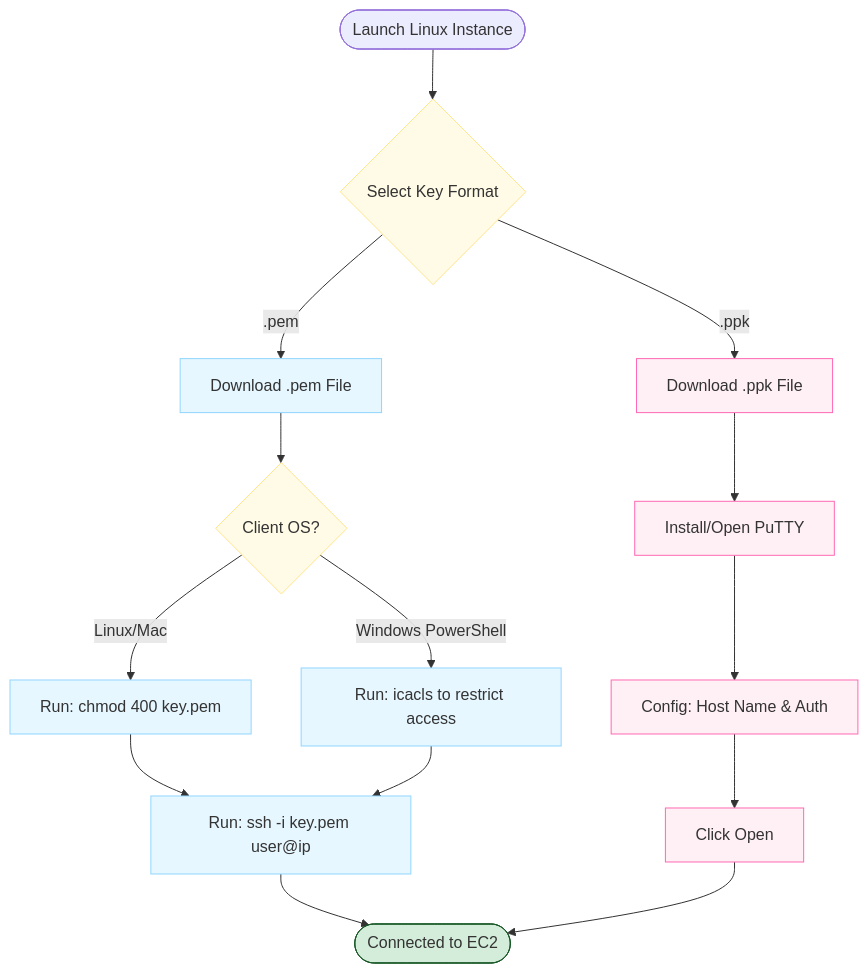
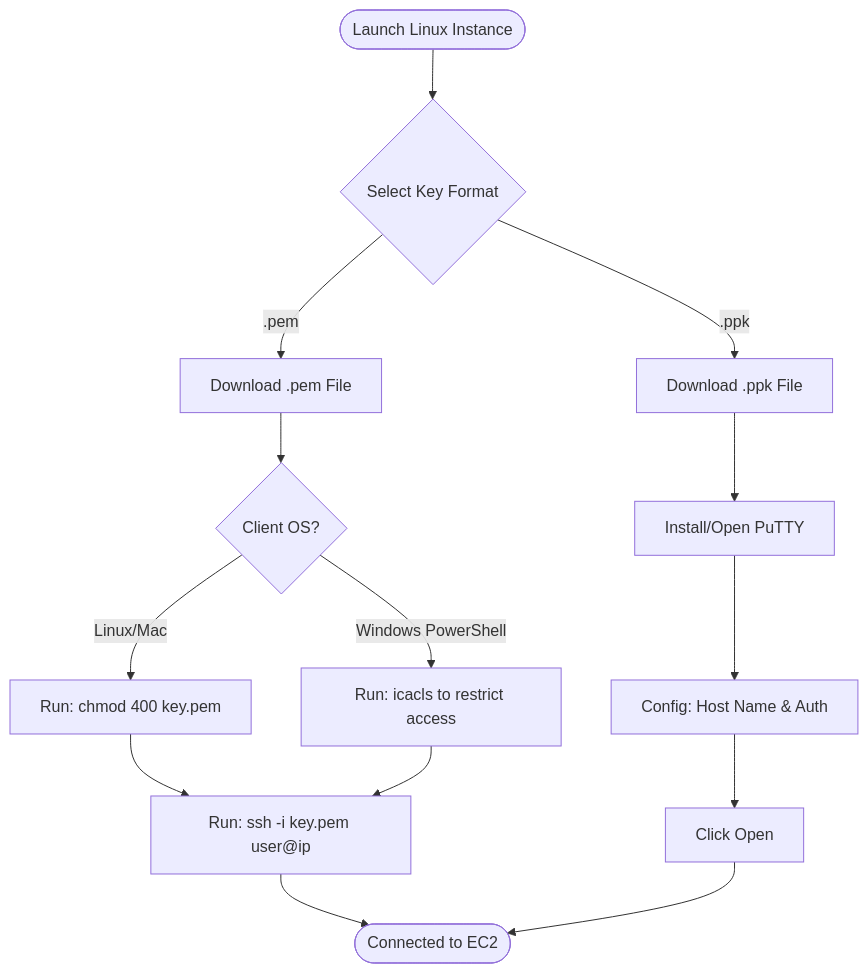
Before and after one commit to sujith-eag/sujith-library: the first of 4 diagrams in docs/dev-cloud/cclab/lab_6.md, drawn with Mermaid. The commit also changed other lines of this file and 41 other files, not shown here.

First line of the commit message:
Refactor diagrams and remove redundant styles in documentation

````diff
--- a/docs/dev-cloud/cclab/lab_6.md
+++ b/docs/dev-cloud/cclab/lab_6.md
@@ -11,31 +11,21 @@
 ```mermaid
 flowchart TD
     Start([Launch Linux Instance]) --> KeySelect{Select Key Format}
 
     KeySelect -- .pem --> DownloadPEM[Download .pem File]
     DownloadPEM --> OS_Check{Client OS?}
     
     OS_Check -- Linux/Mac --> Chmod[Run: chmod 400 key.pem]
     OS_Check -- Windows PowerShell --> Icacls[Run: icacls to restrict access]
     
     Chmod --> SSH_Cmd[Run: ssh -i key.pem user@ip]
     Icacls --> SSH_Cmd
     
     KeySelect -- .ppk --> DownloadPPK[Download .ppk File]
     DownloadPPK --> InstallPuTTY[Install/Open PuTTY]
     InstallPuTTY --> ConfigPuTTY[Config: Host Name & Auth]
     ConfigPuTTY --> Open[Click Open]
     
     SSH_Cmd --> Connected([Connected to EC2])
     Open --> Connected
-
-    classDef process fill:#e6f7ff,stroke:#91d5ff
-    classDef decision fill:#fffbe6,stroke:#ffe58f
-    classDef success fill:#d4edda,stroke:#155724
-    classDef highlight fill:#fff0f5,stroke:#ff69b4
-
-    class DownloadPEM,Chmod,Icacls,SSH_Cmd process
-    class DownloadPPK,InstallPuTTY,ConfigPuTTY,Open highlight
-    class KeySelect,OS_Check decision
-    class Connected success
 ```
````
